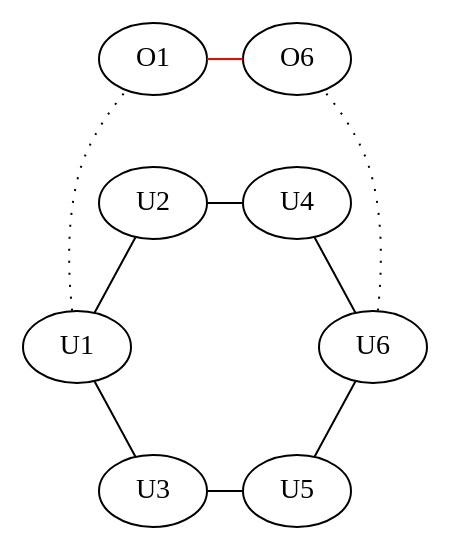
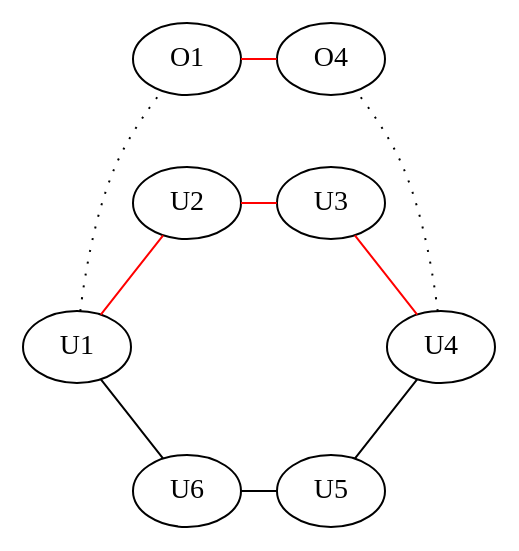
Before and after one commit to Kiyotoko/anonymous-communication-systems: the diagram in graph/overlay_network.dot, drawn with Graphviz. The commit also changed 13 other files, not shown here.

```diff
--- a/graph/overlay_network.dot
+++ b/graph/overlay_network.dot
@@ -1,34 +1,34 @@
 graph {
 	rankdir=TD
 
-    {O1} -- {O6}[color=red]
+    {O1} -- {O4}[color=red]
 
     subgraph {
 		label="Overlay"
         center=true
 	
-        O1 O6
+        O1 O4
         
-        {rank=same O1 O6}
+        {rank=same O1 O4}
 	}
 
-    {U1} -- U2 -- U4 -- {U6}
-    {U1} -- U3 -- U5 -- {U6}
-    {U2} -- {U5}[style=invis]
-    {U4} -- {U3}[style=invis]
+    {U1} -- U2 -- U3 -- {U4}[color=red]
+    {U1} -- U6 -- U5 -- {U4}
+    {U2} -- {U6}[style=invis]
+    {U3} -- {U5}[style=invis]
 
     subgraph {
 		label="Underlay"
         center=true
 	
         U1 U2 U3 U4 U5 U6
 
-        {rank=same U2 U4}
-        {rank=same U1 U6}
-        {rank=same U3 U5}
+        {rank=same U2 U3}
+        {rank=same U1 U4}
+        {rank=same U5 U6}
 	}
 
     {U1} -- {O1}[style=dotted]
-    {U6} -- {O6}[style=dotted]
-    {O1} -- {U2 U4} -- {O6}[style=invis]
+    {U4} -- {O4}[style=dotted]
+    {O1} -- {U2 U3} -- {O4}[style=invis]
 }
```
